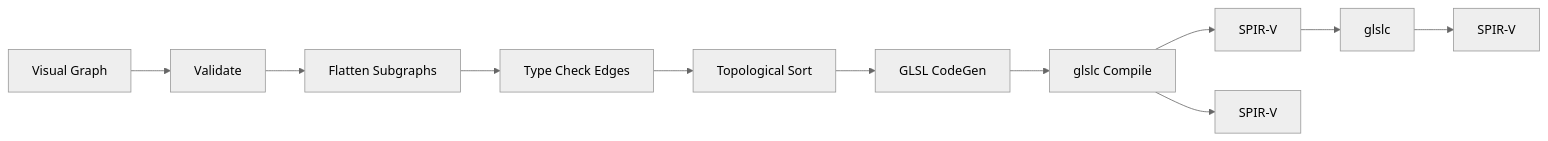
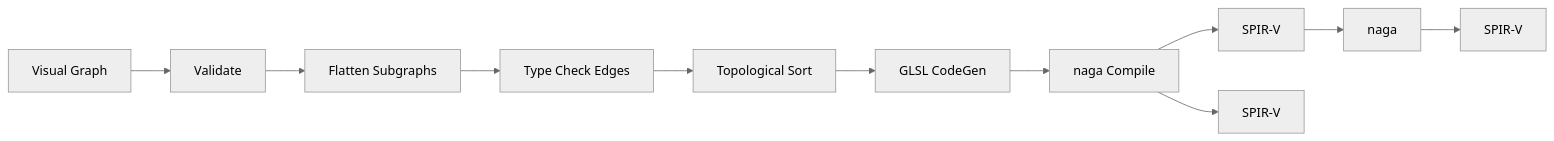
The second of 6 diagrams in docs/design/vfx/effects.md (harmonius-dev/harmonius), drawn with Mermaid (neutral theme) before and after one commit. The commit also changed other lines of this file and 68 other files, not shown here.

````diff
--- a/docs/design/vfx/effects.md
+++ b/docs/design/vfx/effects.md
@@ -222,13 +222,13 @@
 ```mermaid
 flowchart LR
     A[Visual Graph] --> B[Validate]
     B --> C[Flatten Subgraphs]
     C --> D[Type Check Edges]
     D --> E[Topological Sort]
     E --> F[GLSL CodeGen]
-    F --> G[glslc Compile]
+    F --> G[naga Compile]
     G --> H[SPIR-V]
     G --> I[SPIR-V]
-    H --> J[glslc]
+    H --> J[naga]
     J --> K[SPIR-V]
 ```
````
